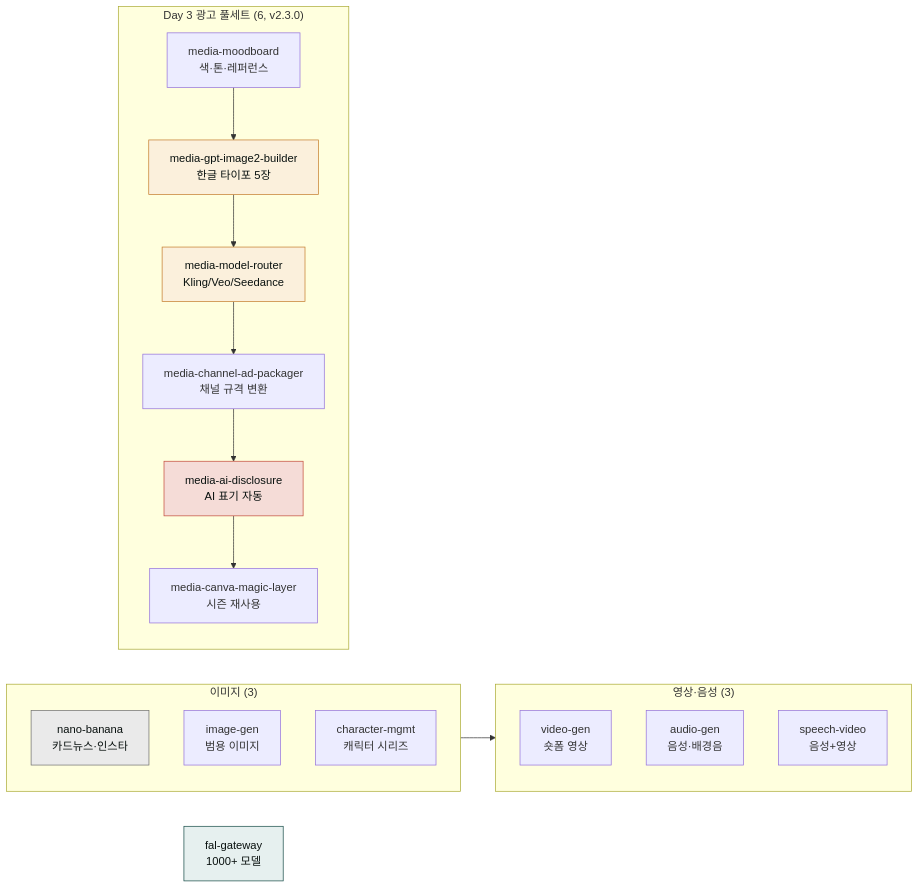
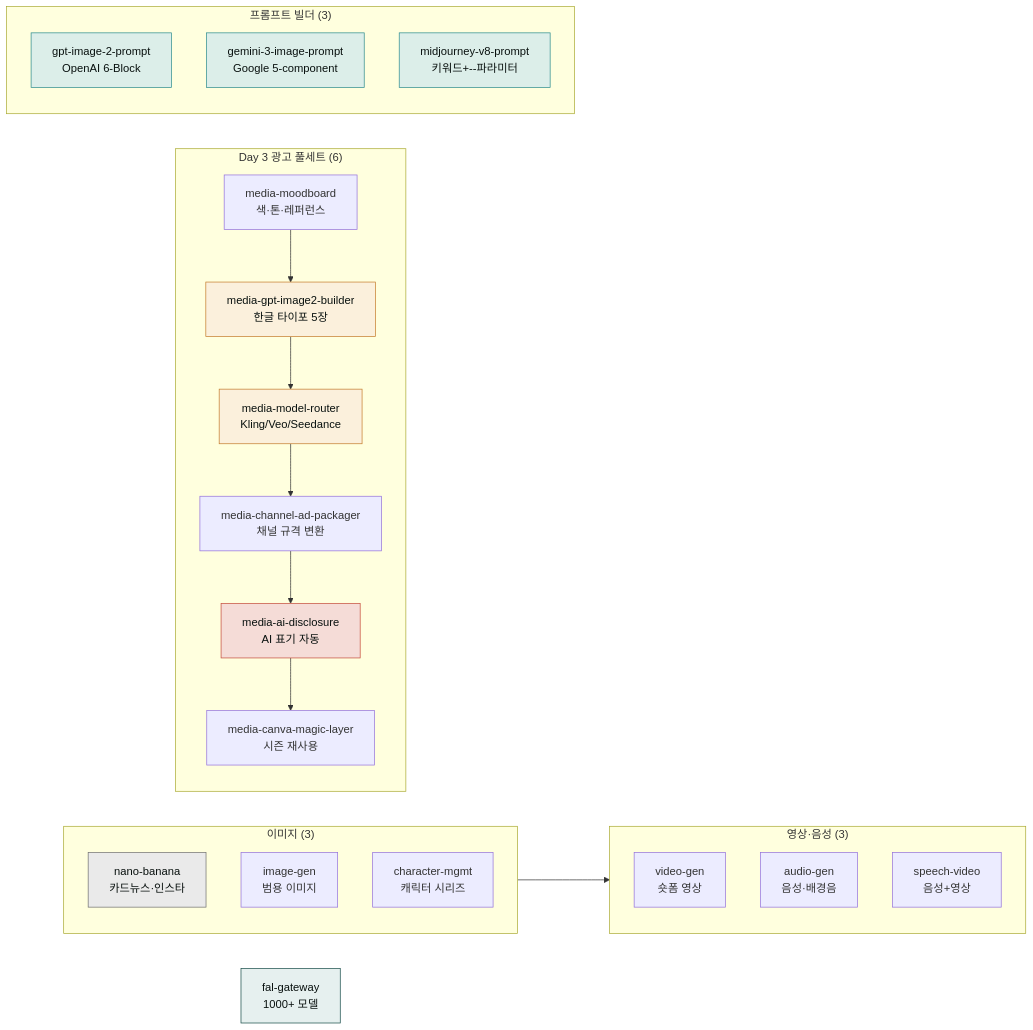
One commit to modu-ai/claude changed the diagram in content/plugins/moai-media.md. Above: the diagram before and after it, drawn with Mermaid. The commit also changed other lines of this file and 40 other files, not shown here.

````diff
--- a/content/plugins/moai-media.md
+++ b/content/plugins/moai-media.md
@@ -13,29 +13,37 @@
 ```mermaid
 flowchart LR
     subgraph 이미지["이미지 (3)"]
         A["nano-banana<br/>카드뉴스·인스타"]
         B["image-gen<br/>범용 이미지"]
         C["character-mgmt<br/>캐릭터 시리즈"]
     end
     subgraph 영상음성["영상·음성 (3)"]
         D["video-gen<br/>숏폼 영상"]
         E["audio-gen<br/>음성·배경음"]
         F["speech-video<br/>음성+영상"]
     end
     G["fal-gateway<br/>1000+ 모델"]
-    subgraph Day3["Day 3 광고 풀세트 (6, v2.3.0)"]
+    subgraph Day3["Day 3 광고 풀세트 (6)"]
         H["media-moodboard<br/>색·톤·레퍼런스"]
         I["media-gpt-image2-builder<br/>한글 타이포 5장"]
         J["media-model-router<br/>Kling/Veo/Seedance"]
         K["media-channel-ad-packager<br/>채널 규격 변환"]
         L["media-ai-disclosure<br/>AI 표기 자동"]
         M["media-canva-magic-layer<br/>시즌 재사용"]
+    end
+    subgraph Builder["프롬프트 빌더 (3)"]
+        N["gpt-image-2-prompt<br/>OpenAI 6-Block"]
+        O["gemini-3-image-prompt<br/>Google 5-component"]
+        P["midjourney-v8-prompt<br/>키워드+--파라미터"]
     end
     이미지 --> 영상음성
     H --> I --> J --> K --> L --> M
     style A fill:#eaeaea,stroke:#6e6e6e,color:#09110f
     style G fill:#e6f0ef,stroke:#144a46,color:#09110f
     style I fill:#fbf0dc,stroke:#c47b2a,color:#09110f
     style J fill:#fbf0dc,stroke:#c47b2a,color:#09110f
     style L fill:#f5dcd7,stroke:#c44a3a,color:#09110f
+    style N fill:#dceee9,stroke:#2a8a8c,color:#09110f
+    style O fill:#dceee9,stroke:#2a8a8c,color:#09110f
+    style P fill:#dceee9,stroke:#2a8a8c,color:#09110f
 ```
````
